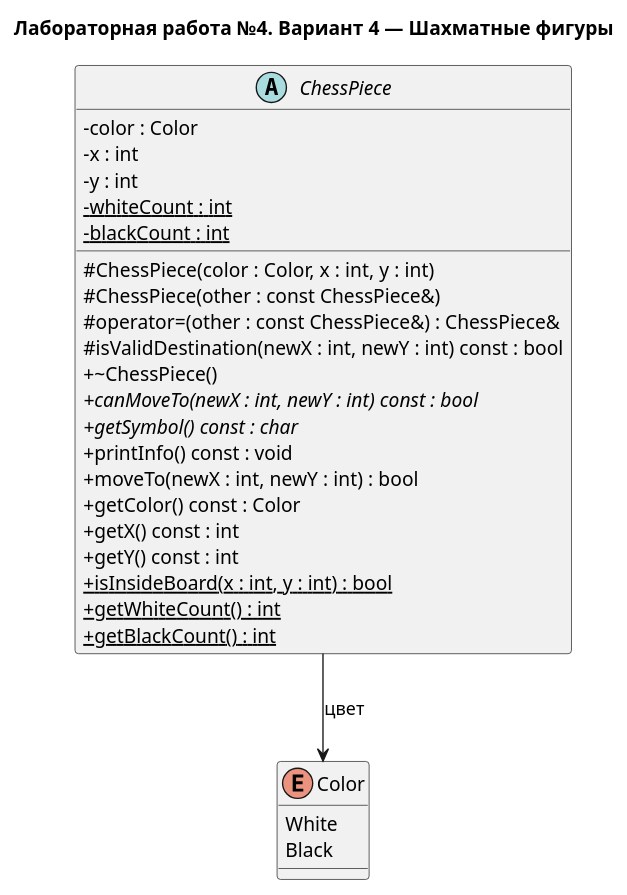
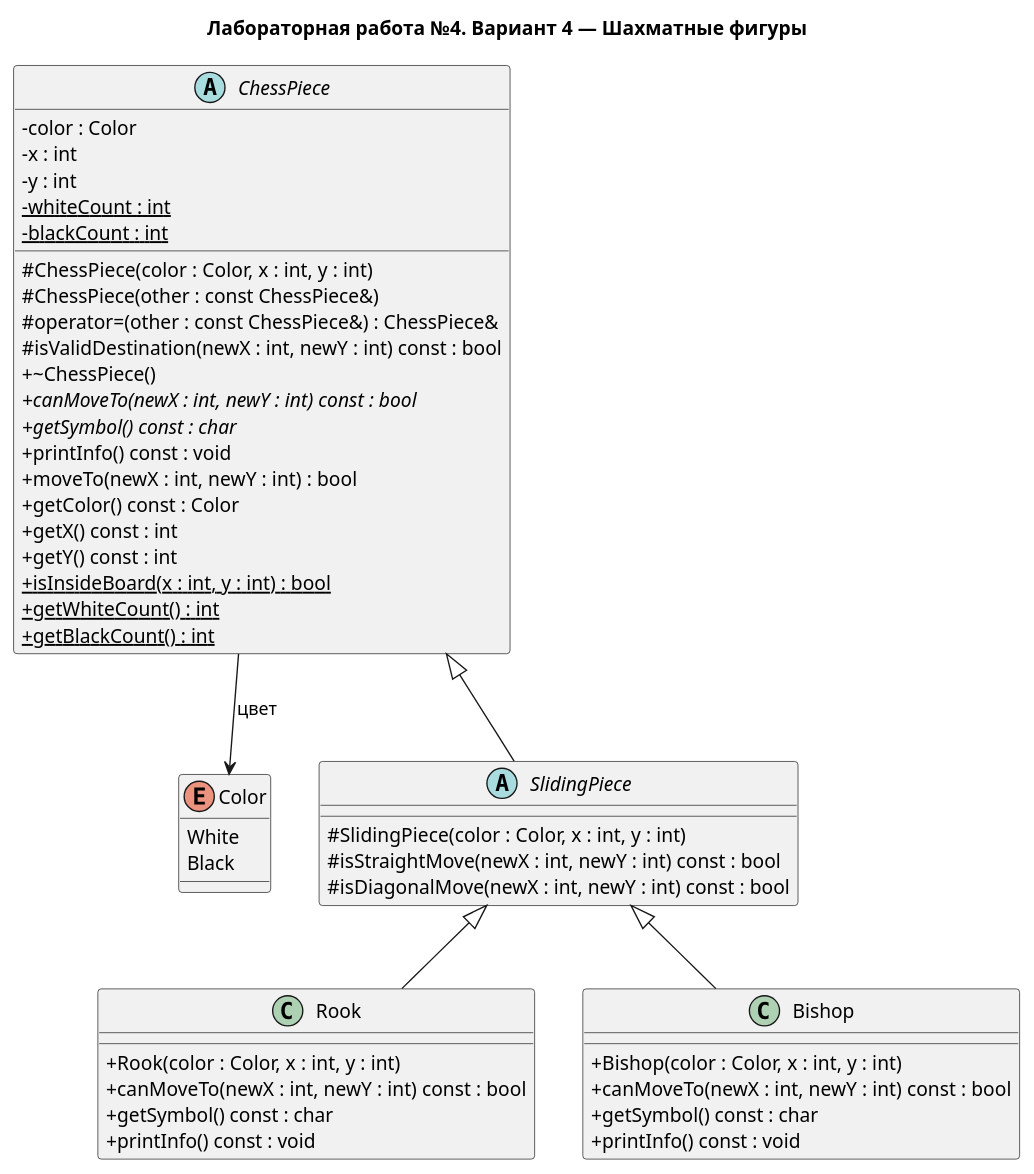
Before and after one commit to lnknwl/lab4: the diagram in uml/chess.puml, drawn with PlantUML. The commit also changed 14 other files, not shown here.

Commit message:
Добавлены SlidingPiece, ладья и слон

```diff
--- a/uml/chess.puml
+++ b/uml/chess.puml
@@ -1,34 +1,57 @@
 @startuml
 title Лабораторная работа №4. Вариант 4 — Шахматные фигуры
 skinparam classAttributeIconSize 0
 
 enum Color {
     White
     Black
 }
 
 abstract class ChessPiece {
     - color : Color
     - x : int
     - y : int
     - {static} whiteCount : int
     - {static} blackCount : int
     # ChessPiece(color : Color, x : int, y : int)
     # ChessPiece(other : const ChessPiece&)
     # operator=(other : const ChessPiece&) : ChessPiece&
     # isValidDestination(newX : int, newY : int) const : bool
     + ~ChessPiece()
     + {abstract} canMoveTo(newX : int, newY : int) const : bool
     + {abstract} getSymbol() const : char
     + printInfo() const : void
     + moveTo(newX : int, newY : int) : bool
     + getColor() const : Color
     + getX() const : int
     + getY() const : int
     + {static} isInsideBoard(x : int, y : int) : bool
     + {static} getWhiteCount() : int
     + {static} getBlackCount() : int
 }
 
+abstract class SlidingPiece {
+    # SlidingPiece(color : Color, x : int, y : int)
+    # isStraightMove(newX : int, newY : int) const : bool
+    # isDiagonalMove(newX : int, newY : int) const : bool
+}
+
+class Rook {
+    + Rook(color : Color, x : int, y : int)
+    + canMoveTo(newX : int, newY : int) const : bool
+    + getSymbol() const : char
+    + printInfo() const : void
+}
+
+class Bishop {
+    + Bishop(color : Color, x : int, y : int)
+    + canMoveTo(newX : int, newY : int) const : bool
+    + getSymbol() const : char
+    + printInfo() const : void
+}
+
 ChessPiece --> Color : цвет
+ChessPiece <|-- SlidingPiece
+SlidingPiece <|-- Rook
+SlidingPiece <|-- Bishop
 @enduml
```
